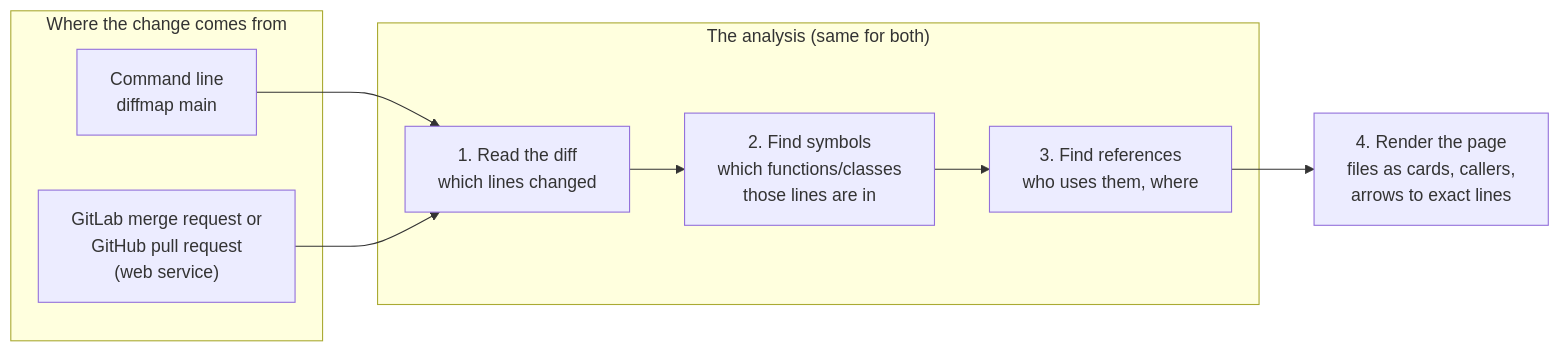
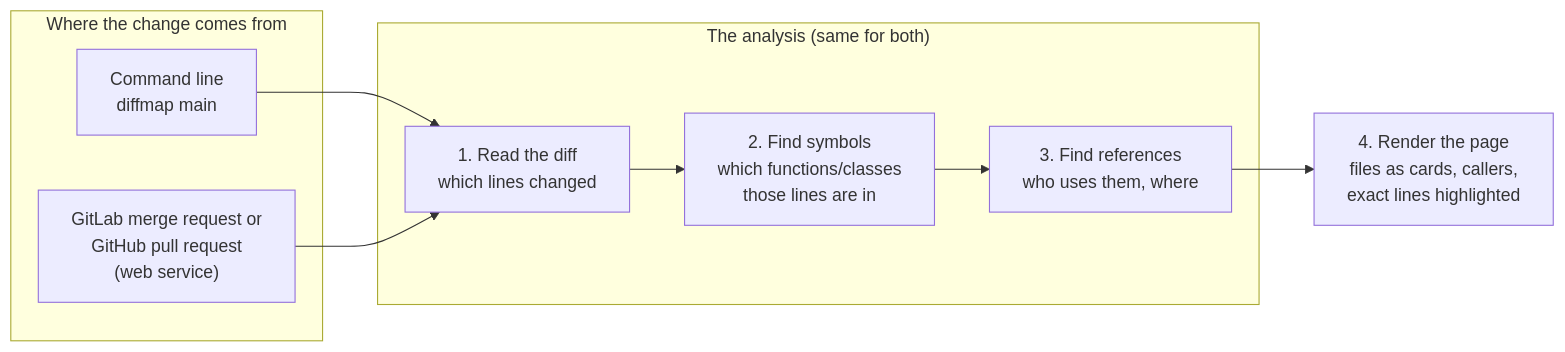
The first of 7 diagrams in ARCHITECTURE.md (cyberfixer/diffmap), drawn with Mermaid before and after one commit. The commit also changed other lines of this file and 6 other files, not shown here.

````diff
--- a/ARCHITECTURE.md
+++ b/ARCHITECTURE.md
@@ -11,19 +11,19 @@
 ```mermaid
 flowchart LR
   subgraph in["Where the change comes from"]
     CLI["Command line<br/>diffmap main"]
     MR["GitLab merge request or<br/>GitHub pull request<br/>(web service)"]
   end
 
   subgraph core["The analysis (same for both)"]
     DIFF["1. Read the diff<br/>which lines changed"]
     SYM["2. Find symbols<br/>which functions/classes<br/>those lines are in"]
     GRAPH["3. Find references<br/>who uses them, where"]
   end
 
-  PAGE["4. Render the page<br/>files as cards, callers,<br/>arrows to exact lines"]
+  PAGE["4. Render the page<br/>files as cards, callers,<br/>exact lines highlighted"]
 
   CLI --> DIFF
   MR --> DIFF
   DIFF --> SYM --> GRAPH --> PAGE
 ```
````
